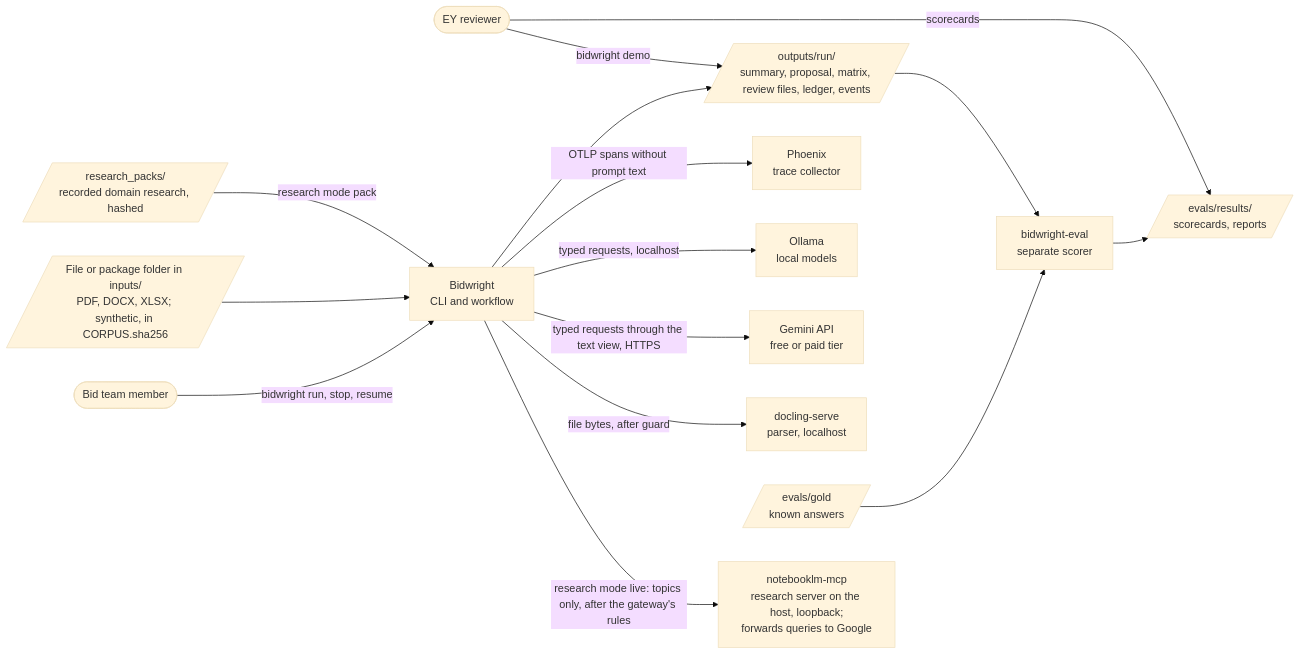
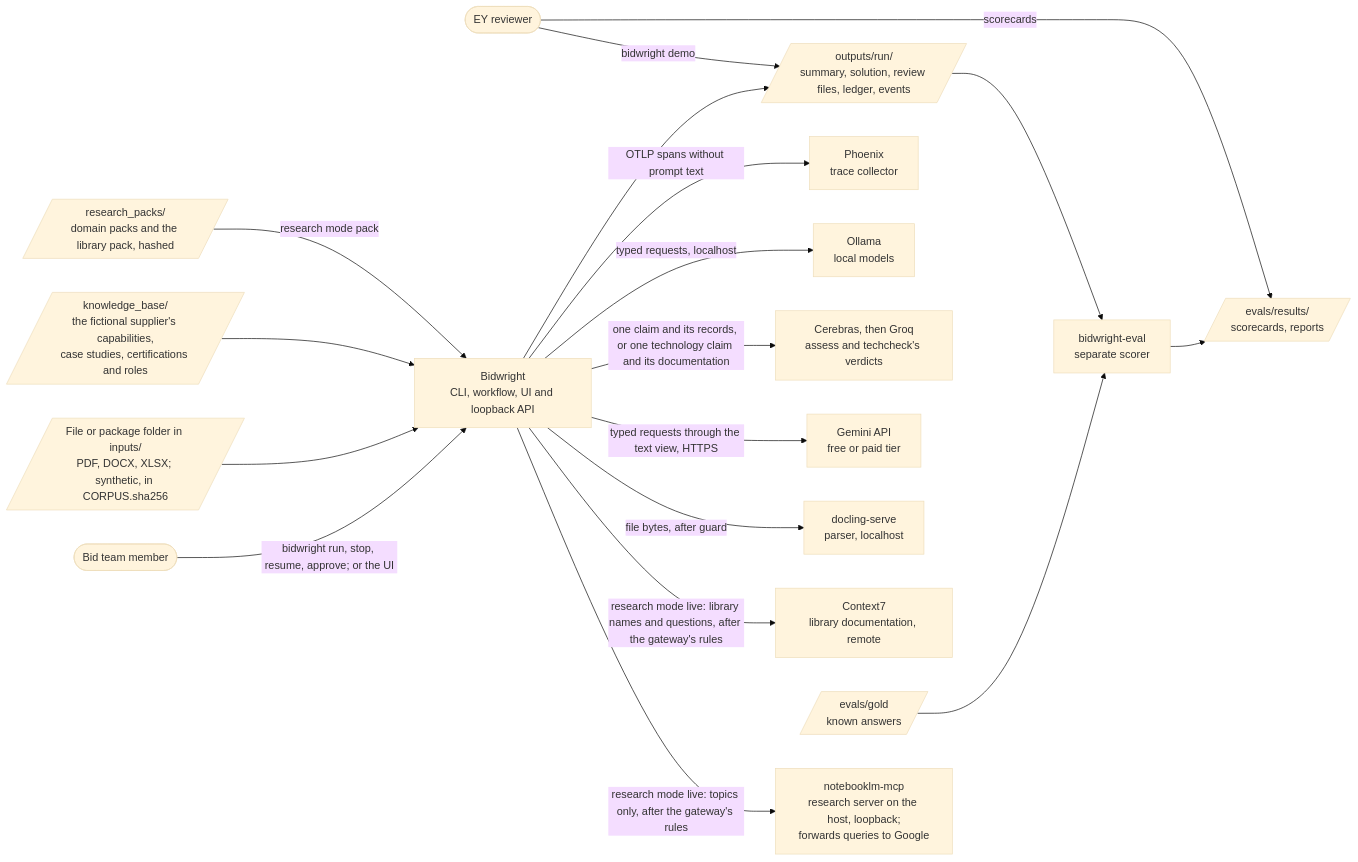
One commit to chouaibhoues-code/bidwright-rfp-agent changed the first of 3 diagrams in docs/architecture.md. Above: the diagram before and after it, drawn with Mermaid (base theme). The commit also changed other lines of this file and 92 other files, not shown here.

````diff
--- a/docs/architecture.md
+++ b/docs/architecture.md
@@ -83,32 +84,38 @@
 ```mermaid
 flowchart LR
     team(["Bid team member"])
     reviewer(["EY reviewer"])
     rfp[/"File or package folder in inputs/<br/>PDF, DOCX, XLSX; synthetic, in CORPUS.sha256"/]
-    bw["Bidwright<br/>CLI and workflow"]
+    kb[/"knowledge_base/<br/>the fictional supplier's capabilities,<br/>case studies, certifications and roles"/]
+    bw["Bidwright<br/>CLI, workflow, UI and loopback API"]
     docling["docling-serve<br/>parser, localhost"]
     gemini["Gemini API<br/>free or paid tier"]
+    cere["Cerebras, then Groq<br/>assess and techcheck's verdicts"]
     ollama["Ollama<br/>local models"]
     phoenix["Phoenix<br/>trace collector"]
     nlm["notebooklm-mcp<br/>research server on the host, loopback;<br/>forwards queries to Google"]
-    packs[/"research_packs/<br/>recorded domain research, hashed"/]
-    out[/"outputs/run/<br/>summary, proposal, matrix, review files, ledger, events"/]
+    c7["Context7<br/>library documentation, remote"]
+    packs[/"research_packs/<br/>domain packs and the library pack, hashed"/]
+    out[/"outputs/run/<br/>summary, solution, review files, ledger, events"/]
     evalr["bidwright-eval<br/>separate scorer"]
     gold[/"evals/gold<br/>known answers"/]
     score[/"evals/results/<br/>scorecards, reports"/]
 
-    team -- "bidwright run, stop, resume" --> bw
+    team -- "bidwright run, stop, resume, approve; or the UI" --> bw
     rfp --> bw
+    kb --> bw
     packs -- "research mode pack" --> bw
     bw -- "research mode live: topics only, after the gateway's rules" --> nlm
+    bw -- "research mode live: library names and questions, after the gateway's rules" --> c7
     bw -- "file bytes, after guard" --> docling
     bw -- "typed requests through the text view, HTTPS" --> gemini
+    bw -- "one claim and its records, or one technology claim and its documentation" --> cere
     bw -- "typed requests, localhost" --> ollama
     bw -- "OTLP spans without prompt text" --> phoenix
     bw --> out
     reviewer -- "bidwright demo" --> out
     reviewer -- "scorecards" --> score
     out --> evalr
     gold --> evalr
     evalr --> score
 ```
````
